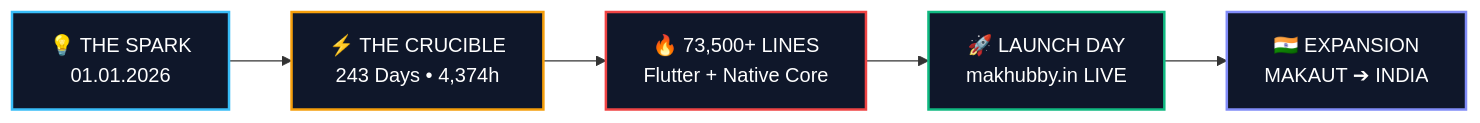
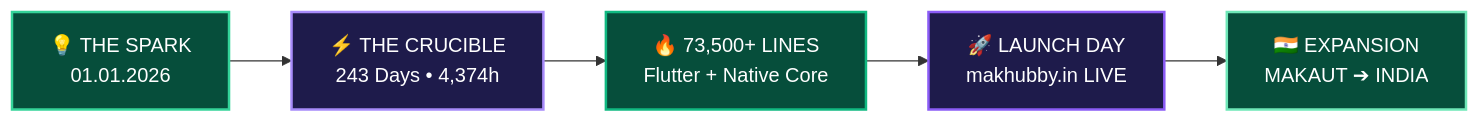
The diagram in README.md (ABVicky/MakHubby-LAUNCH), drawn with Mermaid before and after one commit. The commit also changed other lines of this file and 5 other files, not shown here.

````diff
--- a/README.md
+++ b/README.md
@@ -42,13 +42,13 @@
 ```mermaid
 flowchart LR
     A["💡 THE SPARK<br/>01.01.2026"] --> B["⚡ THE CRUCIBLE<br/>243 Days • 4,374h"]
     B --> C["🔥 73,500+ LINES<br/>Flutter + Native Core"]
     C --> D["🚀 LAUNCH DAY<br/>makhubby.in LIVE"]
     D --> E["🇮🇳 EXPANSION<br/>MAKAUT ➔ INDIA"]
     
-    style A fill:#0f172a,stroke:#38bdf8,stroke-width:2px,color:#fff
-    style B fill:#0f172a,stroke:#f59e0b,stroke-width:2px,color:#fff
-    style C fill:#0f172a,stroke:#ef4444,stroke-width:2px,color:#fff
-    style D fill:#0f172a,stroke:#10b981,stroke-width:2px,color:#fff
-    style E fill:#0f172a,stroke:#818cf8,stroke-width:2px,color:#fff
+    style A fill:#064e3b,stroke:#34d399,stroke-width:2px,color:#fff
+    style B fill:#1e1b4b,stroke:#a78bfa,stroke-width:2px,color:#fff
+    style C fill:#064e3b,stroke:#10b981,stroke-width:2px,color:#fff
+    style D fill:#1e1b4b,stroke:#8b5cf6,stroke-width:2px,color:#fff
+    style E fill:#064e3b,stroke:#6ee7b7,stroke-width:2px,color:#fff
 ```
````
